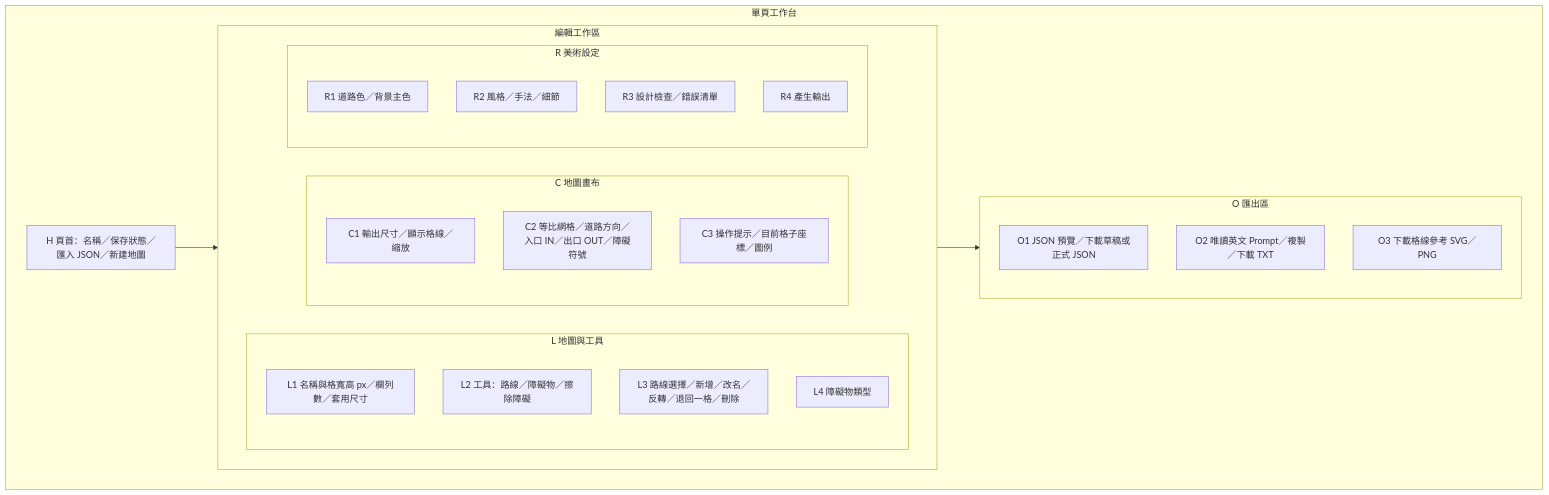
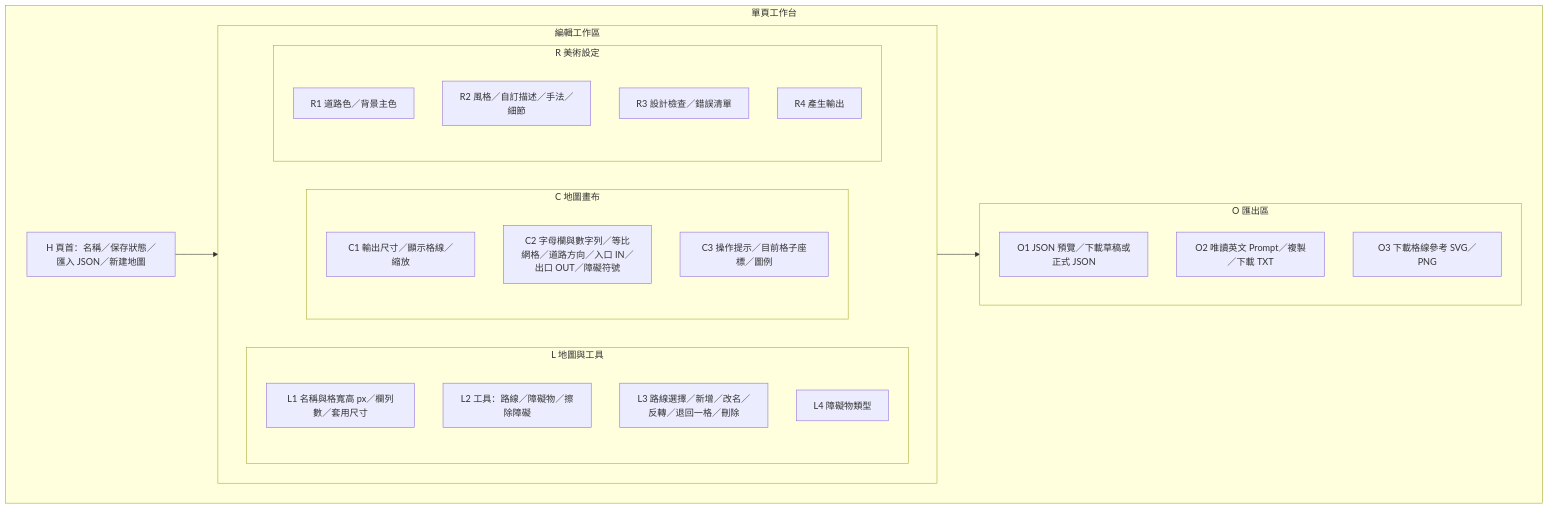
The first of 6 diagrams in docs/SPEC.md (weimowang/tdmapcreate), drawn with Mermaid before and after one commit. The commit also changed other lines of this file and 8 other files, not shown here.

````diff
--- a/docs/SPEC.md
+++ b/docs/SPEC.md
@@ -33,32 +33,32 @@
 ```mermaid
 flowchart TB
   subgraph Page[單頁工作台]
     Header[H 頁首：名稱／保存狀態／匯入 JSON／新建地圖]
     subgraph Workspace[編輯工作區]
       direction LR
       subgraph Left[L 地圖與工具]
         L1[L1 名稱與格寬高 px／欄列數／套用尺寸]
         L2[L2 工具：路線／障礙物／擦除障礙]
         L3[L3 路線選擇／新增／改名／反轉／退回一格／刪除]
         L4[L4 障礙物類型]
       end
       subgraph Center[C 地圖畫布]
         C1[C1 輸出尺寸／顯示格線／縮放]
-        C2[C2 等比網格／道路方向／入口 IN／出口 OUT／障礙符號]
+        C2[C2 字母欄與數字列／等比網格／道路方向／入口 IN／出口 OUT／障礙符號]
         C3[C3 操作提示／目前格子座標／圖例]
       end
       subgraph Right[R 美術設定]
         R1[R1 道路色／背景主色]
-        R2[R2 風格／手法／細節]
+        R2[R2 風格／自訂描述／手法／細節]
         R3[R3 設計檢查／錯誤清單]
         R4[R4 產生輸出]
       end
     end
     subgraph Output[O 匯出區]
       O1[O1 JSON 預覽／下載草稿或正式 JSON]
       O2[O2 唯讀英文 Prompt／複製／下載 TXT]
       O3[O3 下載格線參考 SVG／PNG]
     end
   end
   Header --> Workspace --> Output
 ```
````
